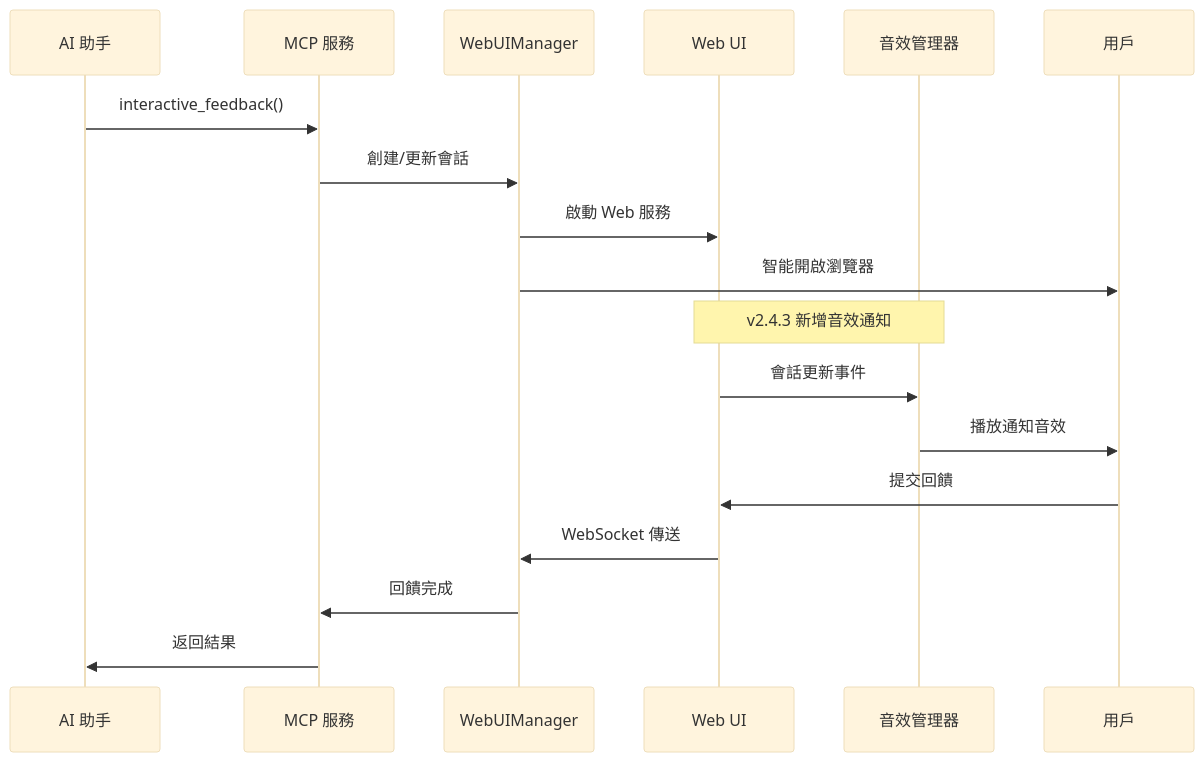
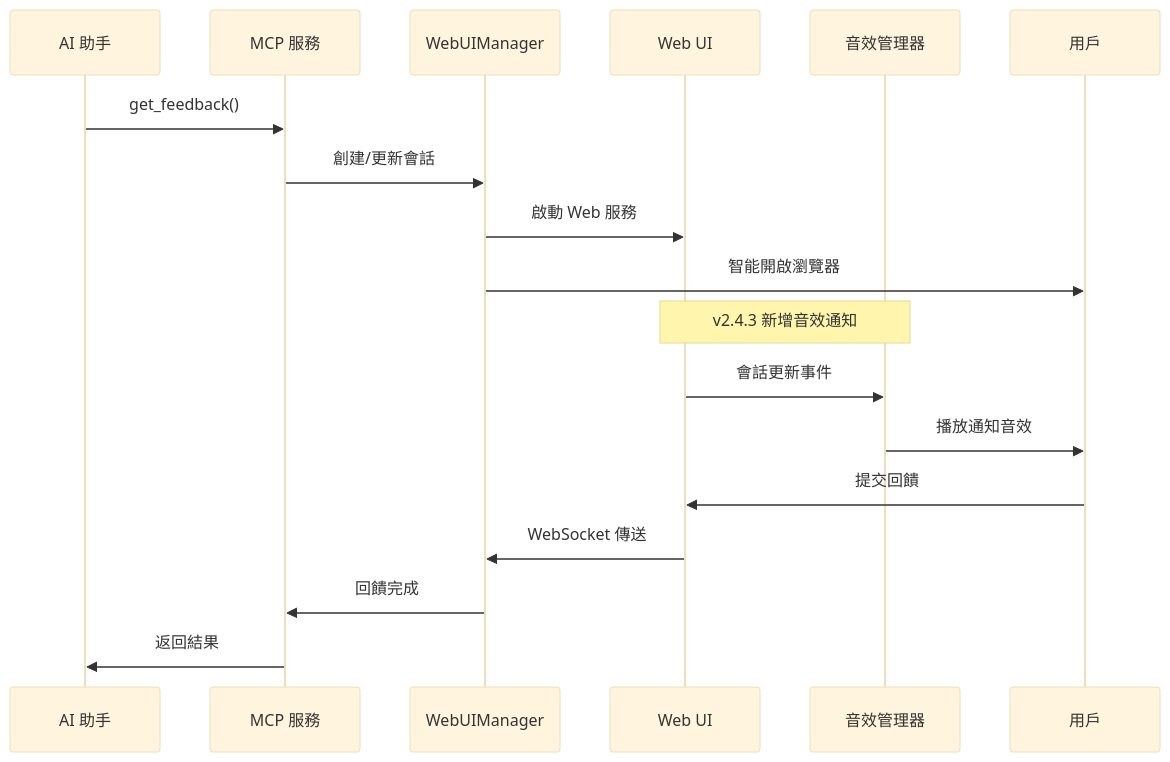
Before and after one commit to LeonBuild/mcp-feedback-enhanced-pro: the seventh of 8 diagrams in docs/architecture/system-overview.md, drawn with Mermaid (base theme). The commit also changed other lines of this file and 26 other files, not shown here.

Commit message:
rename to `get_feedback`

````diff
--- a/docs/architecture/system-overview.md
+++ b/docs/architecture/system-overview.md
@@ -488,23 +488,23 @@
 ```mermaid
 sequenceDiagram
     participant AI as AI 助手
     participant MCP as MCP 服務
     participant WM as WebUIManager
     participant UI as Web UI
     participant AUDIO as 音效管理器
     participant User as 用戶
 
-    AI->>MCP: interactive_feedback()
+    AI->>MCP: get_feedback()
     MCP->>WM: 創建/更新會話
     WM->>UI: 啟動 Web 服務
     WM->>User: 智能開啟瀏覽器
 
     Note over UI,AUDIO: v2.4.3 新增音效通知
     UI->>AUDIO: 會話更新事件
     AUDIO->>User: 播放通知音效
 
     User->>UI: 提交回饋
     UI->>WM: WebSocket 傳送
     WM->>MCP: 回饋完成
     MCP->>AI: 返回結果
 ```
````
